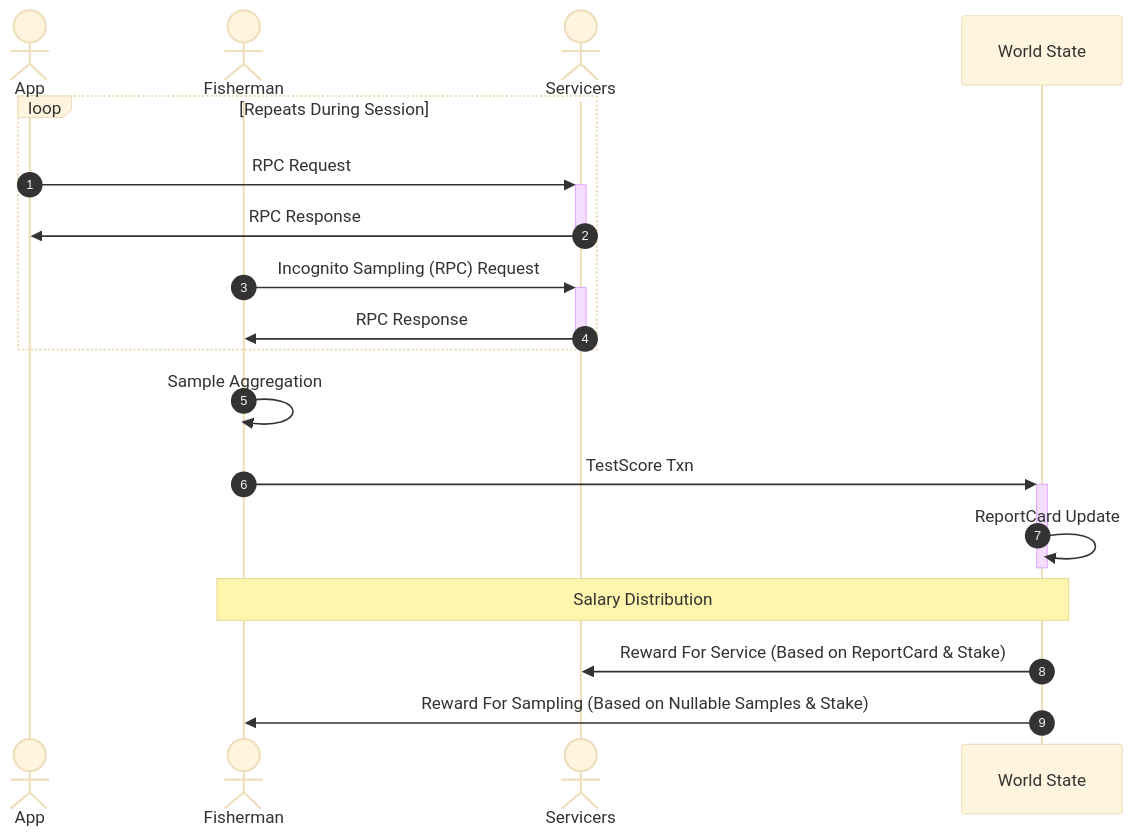
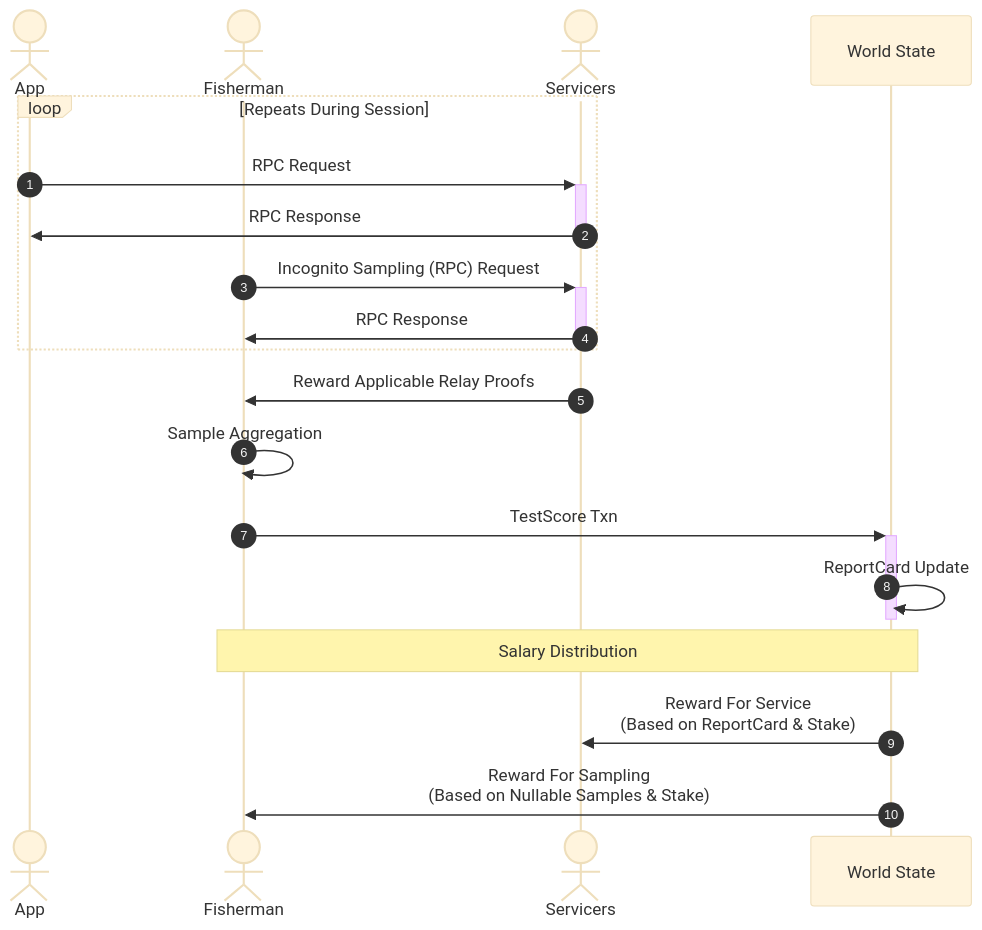
One commit to pokt-network/pocket-network-protocol changed the sixth of 14 diagrams in utility/README.md. Above: the diagram before and after it, drawn with Mermaid (base theme). The commit also changed other lines of this file and 1 other file, not shown here.

Commit message:
Updated the Fisherman section

````diff
--- a/utility/README.md
+++ b/utility/README.md
@@ -540,23 +525,24 @@
 ```mermaid
 sequenceDiagram
     autonumber
 
     actor App
     actor Fisherman
     actor Servicers
 
     loop Repeats During Session
         App ->> +Servicers: RPC Request
         Servicers ->> -App: RPC Response
         Fisherman ->> +Servicers: Incognito Sampling (RPC) Request
         Servicers ->> -Fisherman: RPC Response
     end
 
+    Servicers ->> Fisherman: Reward Applicable Relay Proofs
     Fisherman ->> Fisherman: Sample Aggregation
     Fisherman ->> +World State: TestScore Txn
     World State ->> -World State: ReportCard Update
 
     Note over Fisherman, World State: Salary Distribution
-    World State ->> Servicers: Reward For Service (Based on ReportCard & Stake)
-    World State ->> Fisherman: Reward For Sampling (Based on Nullable Samples & Stake)
+    World State ->> Servicers: Reward For Service<br>(Based on ReportCard & Stake)
+    World State ->> Fisherman: Reward For Sampling<br>(Based on Nullable Samples & Stake)
 ```
````
